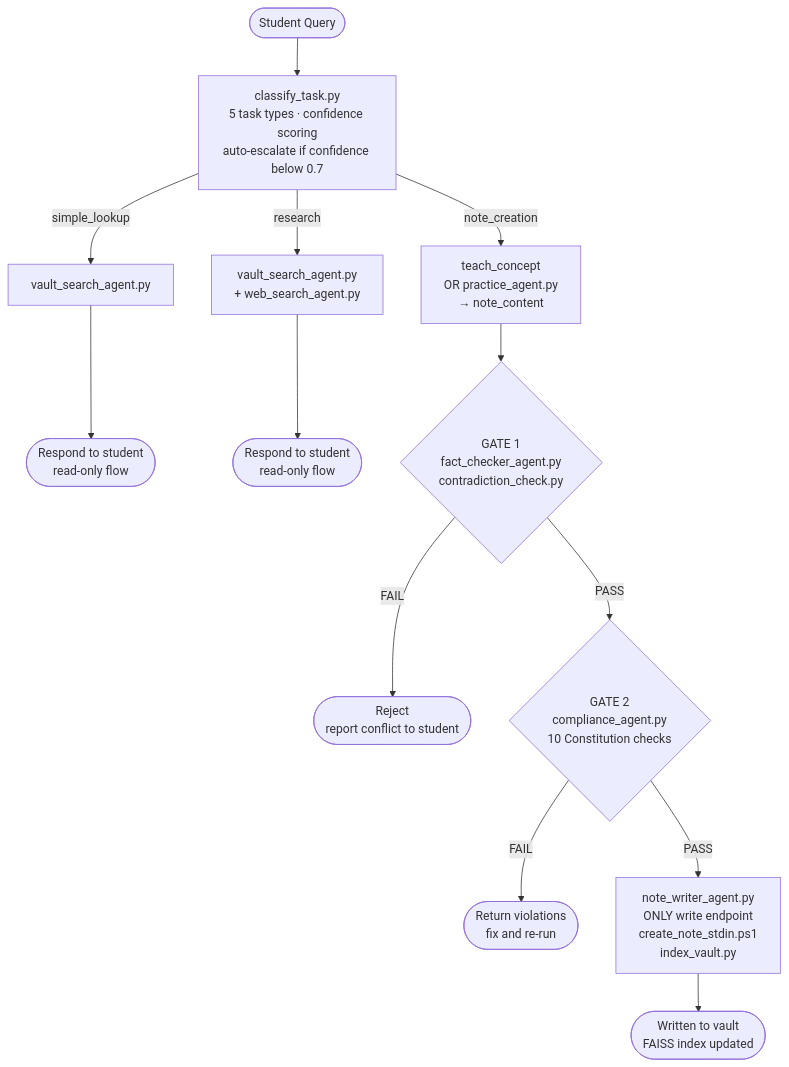
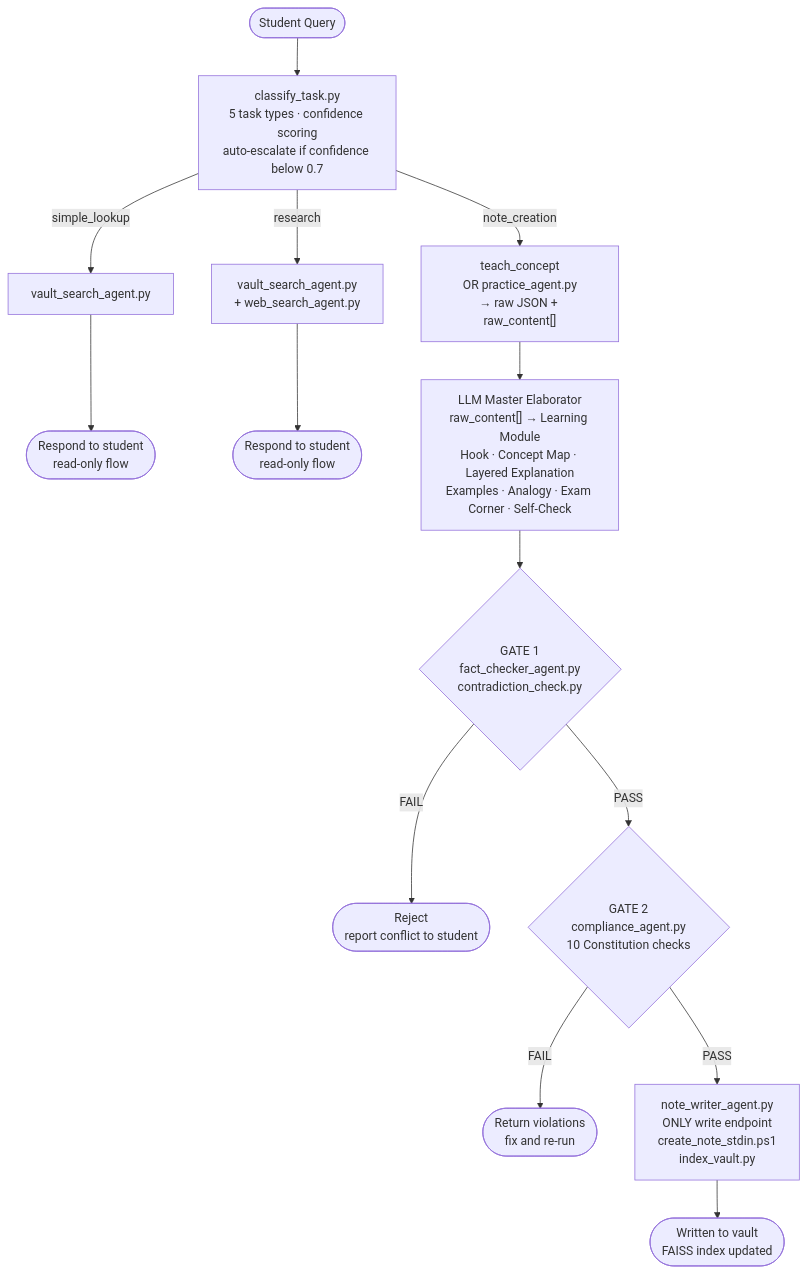
One commit to rabindranath-mishra/Study_Agent changed the third of 12 diagrams in 00 - System/Agent Architecture (C4+1).md. Above: the diagram before and after it, drawn with Mermaid. The commit also changed other lines of this file, not shown here.

````diff
--- a/00 - System/Agent Architecture (C4+1).md
+++ b/00 - System/Agent Architecture (C4+1).md
@@ -143,20 +144,21 @@
 ```mermaid
 flowchart TD
     Q(["Student Query"])
     CT["classify_task.py<br/>5 task types · confidence scoring<br/>auto-escalate if confidence below 0.7"]
 
     Q --> CT
     CT -- "simple_lookup" --> VS1["vault_search_agent.py"]
     CT -- "research" --> VS2["vault_search_agent.py<br/>+ web_search_agent.py"]
-    CT -- "note_creation" --> GEN["teach_concept<br/>OR practice_agent.py<br/>→ note_content"]
+    CT -- "note_creation" --> GEN["teach_concept<br/>OR practice_agent.py<br/>→ raw JSON + raw_content[]"]
 
     VS1 --> R1(["Respond to student<br/>read-only flow"])
     VS2 --> R2(["Respond to student<br/>read-only flow"])
 
-    GEN --> G1{"GATE 1<br/>fact_checker_agent.py<br/>contradiction_check.py"}
+    GEN --> ELAB["LLM Master Elaborator<br/>raw_content[] → Learning Module<br/>Hook · Concept Map · Layered Explanation<br/>Examples · Analogy · Exam Corner · Self-Check"]
+    ELAB --> G1{"GATE 1<br/>fact_checker_agent.py<br/>contradiction_check.py"}
     G1 -- "FAIL" --> REJ1(["Reject<br/>report conflict to student"])
     G1 -- "PASS" --> G2{"GATE 2<br/>compliance_agent.py<br/>10 Constitution checks"}
     G2 -- "FAIL" --> REJ2(["Return violations<br/>fix and re-run"])
     G2 -- "PASS" --> NW["note_writer_agent.py<br/>ONLY write endpoint<br/>create_note_stdin.ps1<br/>index_vault.py"]
     NW --> VAULT(["Written to vault<br/>FAISS index updated"])
 ```
````
